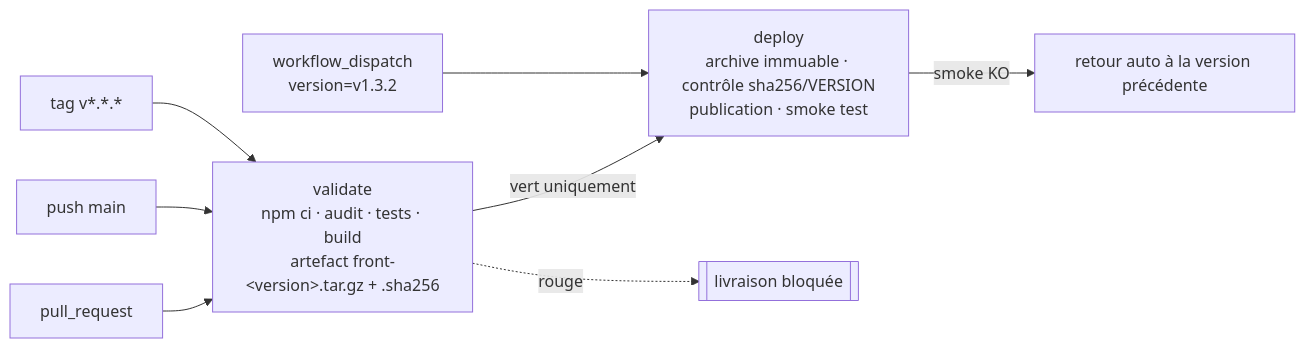
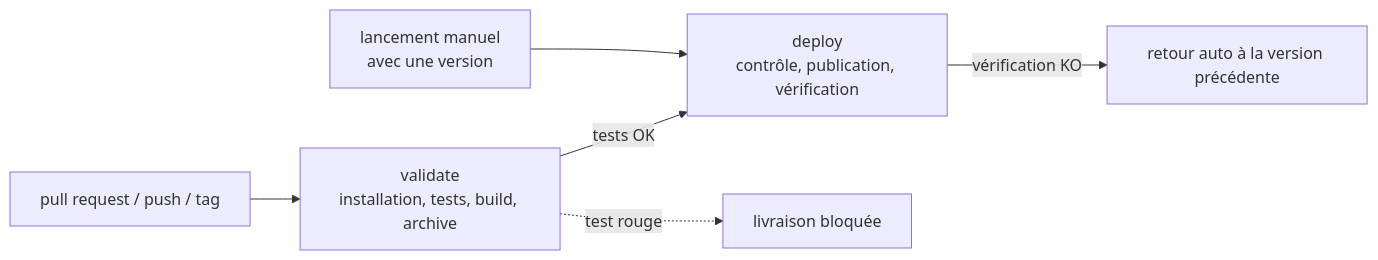
One commit to oceanegohiertallon/Rattrapage-semestre-2 changed the diagram in c2-cicd/note-cicd.md. Above: the diagram before and after it, drawn with Mermaid. The commit also changed other lines of this file and 11 other files, not shown here.

````diff
--- a/c2-cicd/note-cicd.md
+++ b/c2-cicd/note-cicd.md
@@ -25,10 +21,8 @@
 ```mermaid
 flowchart LR
-  PR[pull_request] --> V
-  M[push main] --> V
-  T[tag v*.*.*] --> V
-  V["validate<br/>npm ci · audit · tests · build<br/>artefact front-&lt;version&gt;.tar.gz + .sha256"] -->|vert uniquement| D
-  V -.->|rouge| X[[livraison bloquée]]
-  D["deploy<br/>archive immuable · contrôle sha256/VERSION<br/>publication · smoke test"] -->|smoke KO| R[retour auto à la version précédente]
-  WD[workflow_dispatch<br/>version=v1.3.2] --> D
+  A[pull request / push / tag] --> V[validate<br/>installation, tests, build, archive]
+  V -->|tests OK| D[deploy<br/>contrôle, publication, vérification]
+  V -.->|test rouge| X[livraison bloquée]
+  D -->|vérification KO| R[retour auto à la version précédente]
+  M[lancement manuel<br/>avec une version] --> D
 ```
````
